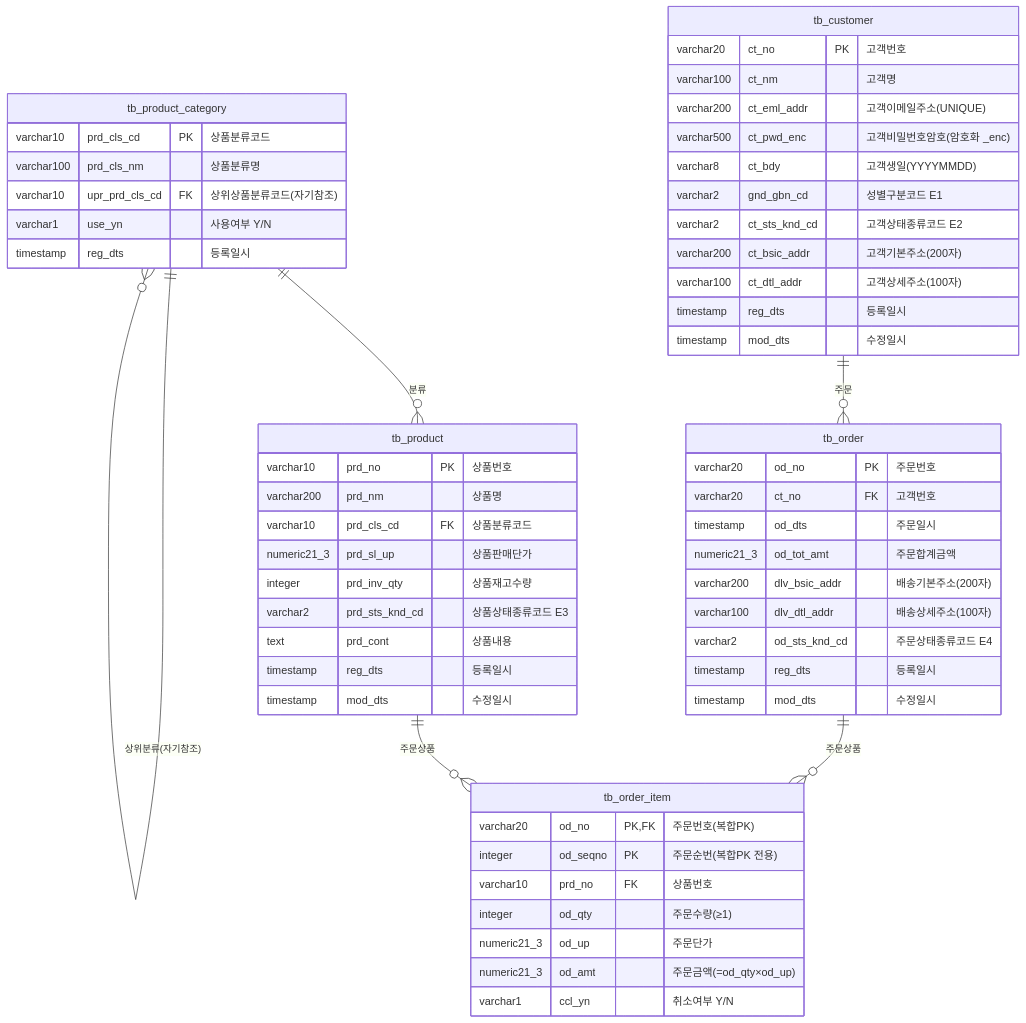
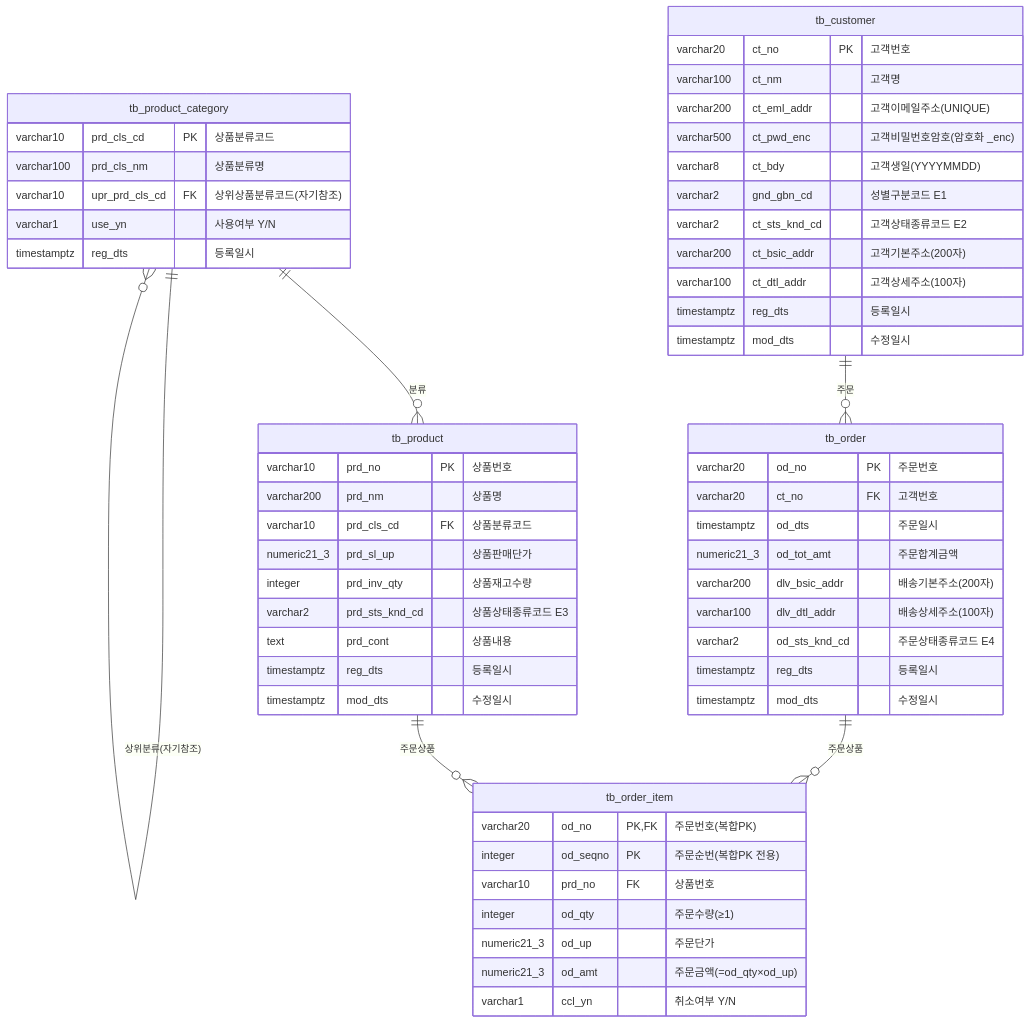
One commit to anakinwon/schema changed the diagram in docs/da-plan/erd-shopping.md. Above: the diagram before and after it, drawn with Mermaid. The commit also changed other lines of this file and 28 other files, not shown here.

````diff
--- a/docs/da-plan/erd-shopping.md
+++ b/docs/da-plan/erd-shopping.md
@@ -11,64 +11,64 @@
 ```mermaid
 erDiagram
     tb_product_category {
         varchar10  prd_cls_cd      PK "상품분류코드"
         varchar100 prd_cls_nm         "상품분류명"
         varchar10  upr_prd_cls_cd  FK "상위상품분류코드(자기참조)"
         varchar1   use_yn             "사용여부 Y/N"
-        timestamp  reg_dts            "등록일시"
+        timestamptz  reg_dts            "등록일시"
     }
 
     tb_product {
         varchar10   prd_no          PK "상품번호"
         varchar200  prd_nm             "상품명"
         varchar10   prd_cls_cd      FK "상품분류코드"
         numeric21_3 prd_sl_up          "상품판매단가"
         integer     prd_inv_qty        "상품재고수량"
         varchar2    prd_sts_knd_cd     "상품상태종류코드 E3"
         text        prd_cont           "상품내용"
-        timestamp   reg_dts            "등록일시"
-        timestamp   mod_dts            "수정일시"
+        timestamptz   reg_dts            "등록일시"
+        timestamptz   mod_dts            "수정일시"
     }
 
     tb_customer {
         varchar20  ct_no           PK "고객번호"
         varchar100 ct_nm              "고객명"
         varchar200 ct_eml_addr        "고객이메일주소(UNIQUE)"
         varchar500 ct_pwd_enc         "고객비밀번호암호(암호화 _enc)"
         varchar8   ct_bdy             "고객생일(YYYYMMDD)"
         varchar2   gnd_gbn_cd         "성별구분코드 E1"
         varchar2   ct_sts_knd_cd      "고객상태종류코드 E2"
         varchar200 ct_bsic_addr       "고객기본주소(200자)"
         varchar100 ct_dtl_addr        "고객상세주소(100자)"
-        timestamp  reg_dts            "등록일시"
-        timestamp  mod_dts            "수정일시"
+        timestamptz  reg_dts            "등록일시"
+        timestamptz  mod_dts            "수정일시"
     }
 
     tb_order {
         varchar20   od_no          PK "주문번호"
         varchar20   ct_no          FK "고객번호"
-        timestamp   od_dts            "주문일시"
+        timestamptz   od_dts            "주문일시"
         numeric21_3 od_tot_amt        "주문합계금액"
         varchar200  dlv_bsic_addr     "배송기본주소(200자)"
         varchar100  dlv_dtl_addr      "배송상세주소(100자)"
         varchar2    od_sts_knd_cd     "주문상태종류코드 E4"
-        timestamp   reg_dts           "등록일시"
-        timestamp   mod_dts           "수정일시"
+        timestamptz   reg_dts           "등록일시"
+        timestamptz   mod_dts           "수정일시"
     }
 
     tb_order_item {
         varchar20   od_no          PK,FK "주문번호(복합PK)"
         integer     od_seqno       PK    "주문순번(복합PK 전용)"
         varchar10   prd_no         FK    "상품번호"
         integer     od_qty               "주문수량(≥1)"
         numeric21_3 od_up                "주문단가"
         numeric21_3 od_amt               "주문금액(=od_qty×od_up)"
         varchar1    ccl_yn               "취소여부 Y/N"
     }
 
     tb_product_category ||--o{ tb_product_category : "상위분류(자기참조)"
     tb_product_category ||--o{ tb_product           : "분류"
     tb_customer         ||--o{ tb_order              : "주문"
     tb_order            ||--o{ tb_order_item         : "주문상품"
     tb_product          ||--o{ tb_order_item         : "주문상품"
 ```
````
